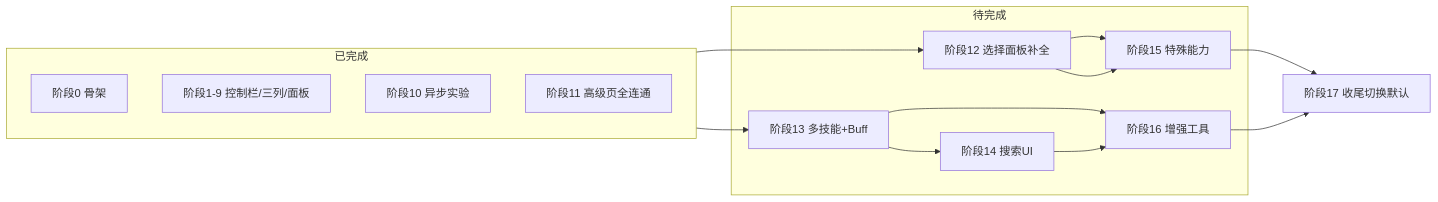
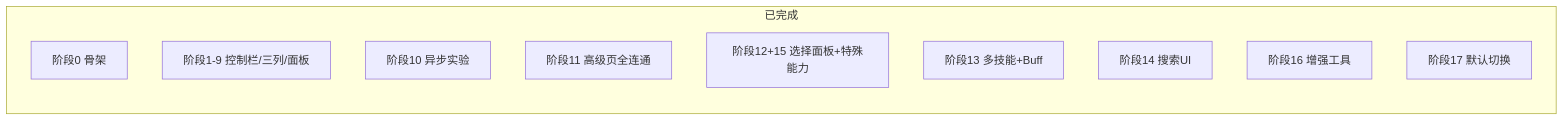
Before and after one commit to wxhwwla/calc-framework: the diagram in docs/migration-pyside6.md, drawn with Mermaid. The commit also changed other lines of this file and 10 other files, not shown here.

````diff
--- a/docs/migration-pyside6.md
+++ b/docs/migration-pyside6.md
@@ -255,27 +175,14 @@
 ```mermaid
 flowchart LR
     subgraph 已完成
         P0[阶段0 骨架]
         P1[阶段1-9 控制栏/三列/面板]
         P10[阶段10 异步实验]
         P11[阶段11 高级页全连通]
-    end
-    
-    subgraph 待完成
-        P12[阶段12 选择面板补全]
+        P12[阶段12+15 选择面板+特殊能力]
         P13[阶段13 多技能+Buff]
         P14[阶段14 搜索UI]
-        P15[阶段15 特殊能力]
         P16[阶段16 增强工具]
+        P17[阶段17 默认切换]
     end
-    
-    P17[阶段17 收尾切换默认]
-    
-    已完成 --> P12 --> P15
-    已完成 --> P13 --> P14
-    P12 --> P15
-    P13 --> P16
-    P14 --> P16
-    P15 --> P17
-    P16 --> P17
 ```
````
